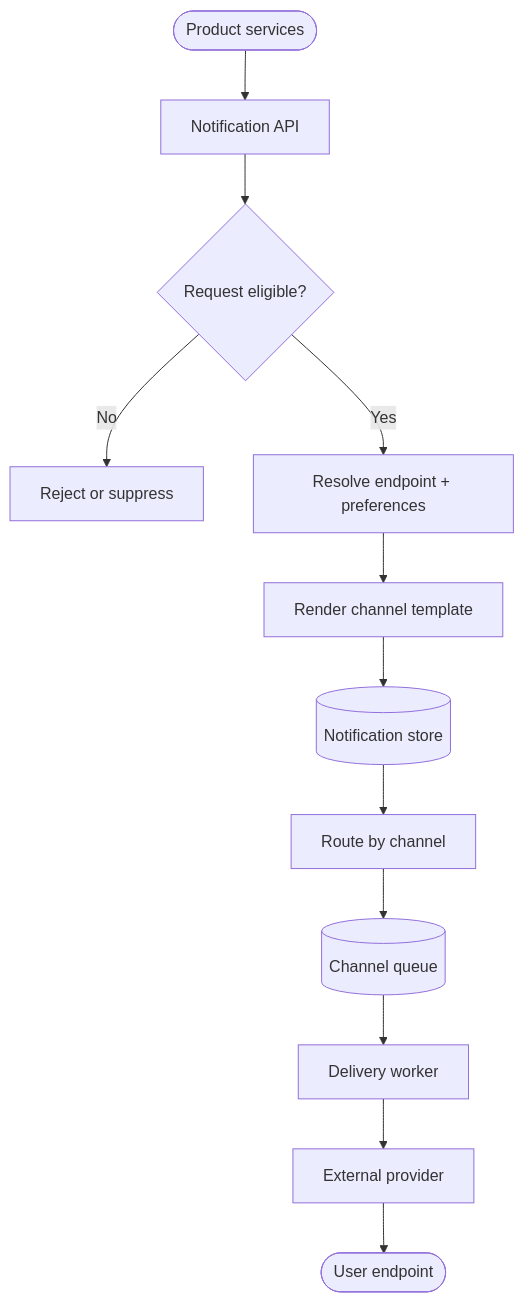
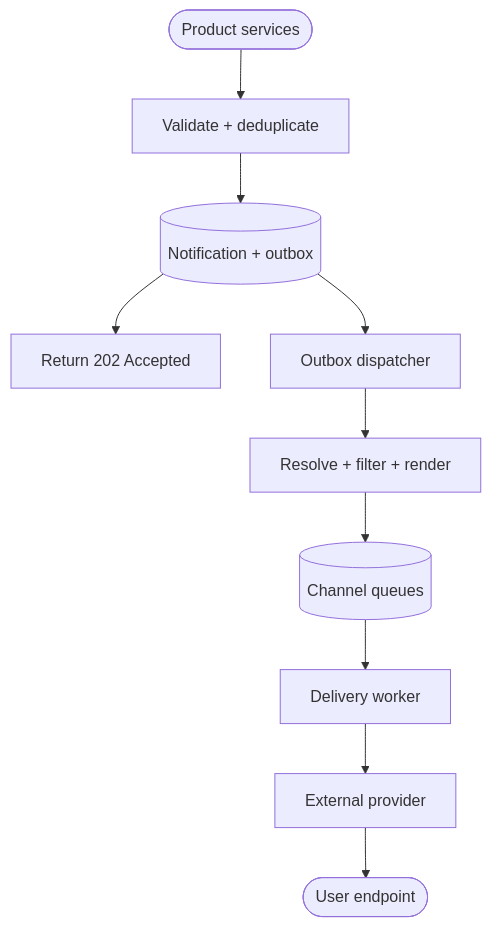
Before and after one commit to alexduan-mel/alexduan-mel.github.io: the first of 2 diagrams in src/content/posts/system-design/notification-system.md, drawn with Mermaid. The commit also changed other lines of this file, not shown here.

Commit message:
fix: refine notification system doc

````diff
--- a/src/content/posts/system-design/notification-system.md
+++ b/src/content/posts/system-design/notification-system.md
@@ -40,17 +50,14 @@
 ```mermaid
 flowchart TD
     accTitle: Multi-channel notification delivery
-    accDescr: Product services submit a notification. Eligible requests are resolved, rendered, stored, and routed to a channel queue. A delivery worker sends each message through an external provider to the user's endpoint.
-    source([Product services]) --> api[Notification API]
-    api --> eligible{Request eligible?}
-
-    eligible -- No --> suppress[Reject or suppress]
-    eligible -- Yes --> resolve[Resolve endpoint + preferences]
-    resolve --> render[Render channel template]
-    render --> record[(Notification store)]
-    record --> route[Route by channel]
-    route --> queue[(Channel queue)]
+    accDescr: The API validates a request and atomically saves the notification and outbox row before returning acceptance. An asynchronous dispatcher starts planning, which resolves eligible endpoints and renders channel jobs. Workers deliver those jobs through providers.
+    source([Product services]) --> api[Validate + deduplicate]
+    api --> record[(Notification + outbox)]
+    record --> accepted[Return 202 Accepted]
+    record --> dispatch[Outbox dispatcher]
+    dispatch --> planner[Resolve + filter + render]
+    planner --> queue[(Channel queues)]
     queue --> worker[Delivery worker]
     worker --> provider[External provider]
     provider --> endpoint([User endpoint])
 ```
````
